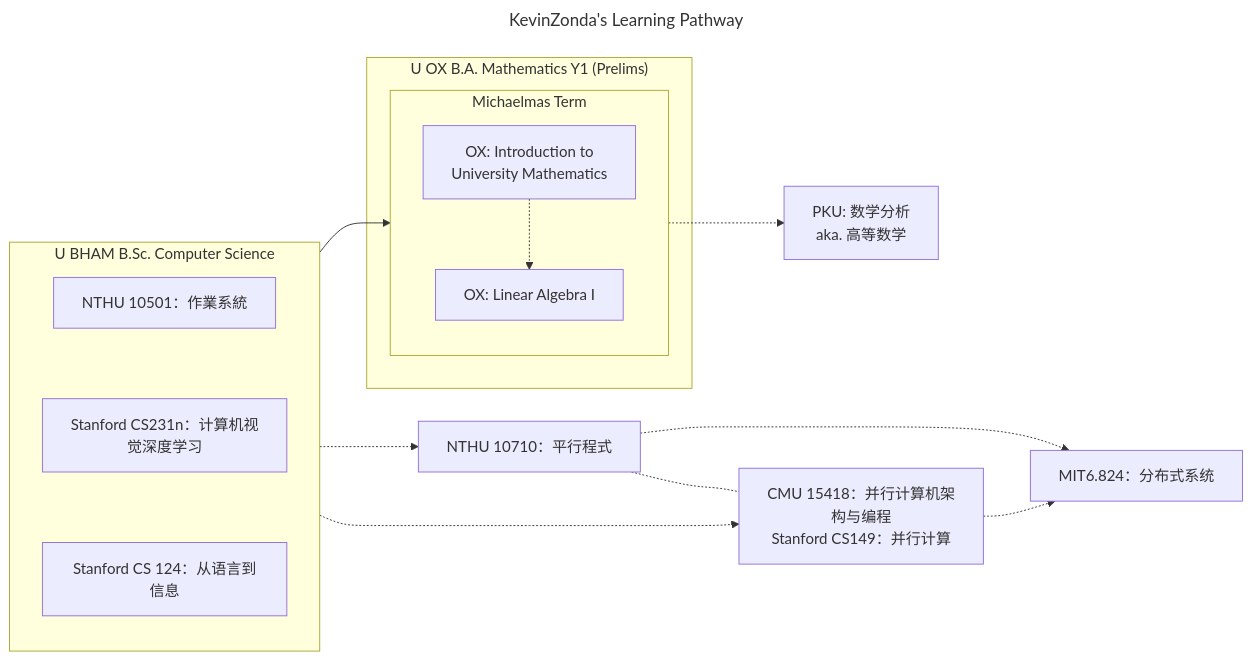
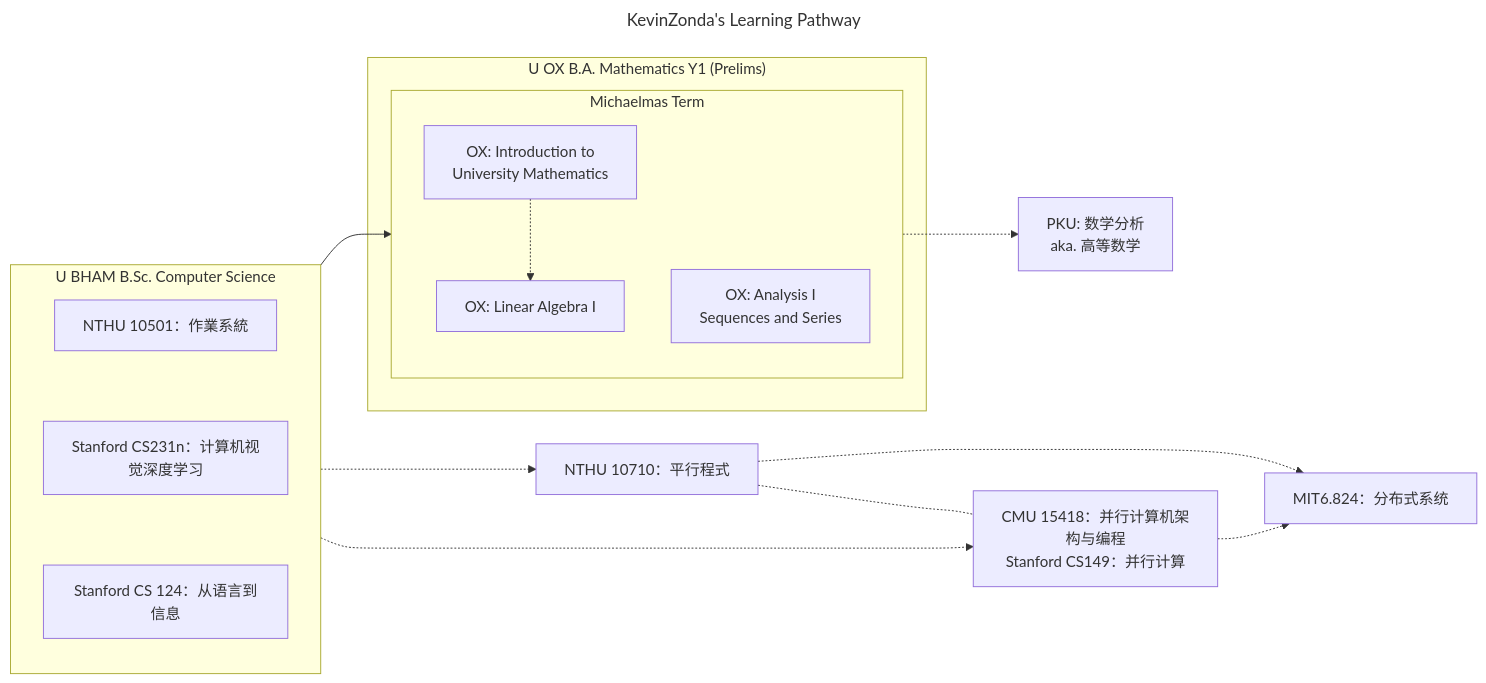
Before and after one commit to KevinNote/Pathway: the diagram in README.md, drawn with Mermaid.

````diff
--- a/README.md
+++ b/README.md
@@ -1,41 +1,43 @@
 ```mermaid
 ---
 title: KevinZonda's Learning Pathway
 ---
 flowchart LR
   subgraph UOB[U BHAM B.Sc. Computer Science]
     direction TB
     NTHU_OS[NTHU 10501：作業系統]
     S_CVDL[Stanford CS231n：计算机视觉深度学习]
     S_NLP[Stanford CS 124：从语言到信息]
     NTHU_OS ~~~ S_CVDL
     S_CVDL ~~~ S_NLP
   end
 
   subgraph OX_M_Y1["U OX B.A. Mathematics Y1 (Prelims)"]
     subgraph OX_M_Y1_T1[Michaelmas Term]
       direction TB
       OX_IntroUniMath[OX: Introduction to<br>University Mathematics]
       OX_LinearAlg1[OX: Linear Algebra I]
+      OX_Analysis1[OX: Analysis I<br>Sequences and Series]
     end
   end
 
   
   PKU_MathAnalysis[PKU: 数学分析<br>aka. 高等数学]
   
   NTHU_Parallel[NTHU 10710：平行程式]
   CMU_Parallel[CMU 15418：并行计算机架构与编程<br>Stanford CS149：并行计算]
   NTHU_Parallel -.- CMU_Parallel
   MIT_DistSys[MIT6.824：分布式系统]
   
 
   UOB -.-> NTHU_Parallel
   UOB -.-> CMU_Parallel
   NTHU_Parallel -.-> MIT_DistSys
   CMU_Parallel -.-> MIT_DistSys
 
   UOB --> OX_IntroUniMath
+
   OX_IntroUniMath -.-> OX_LinearAlg1
   OX_IntroUniMath -.-> PKU_MathAnalysis
   
 ```
````
